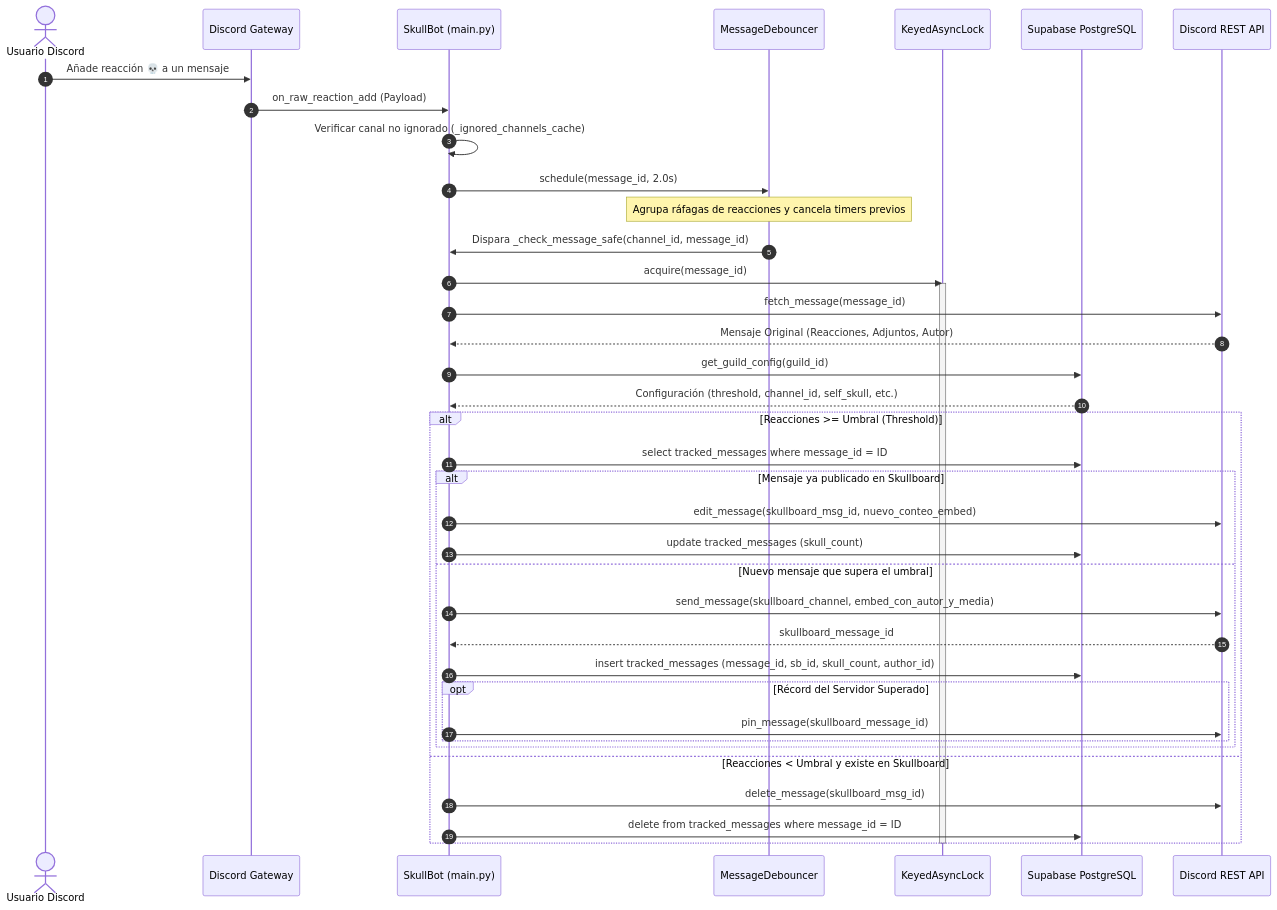
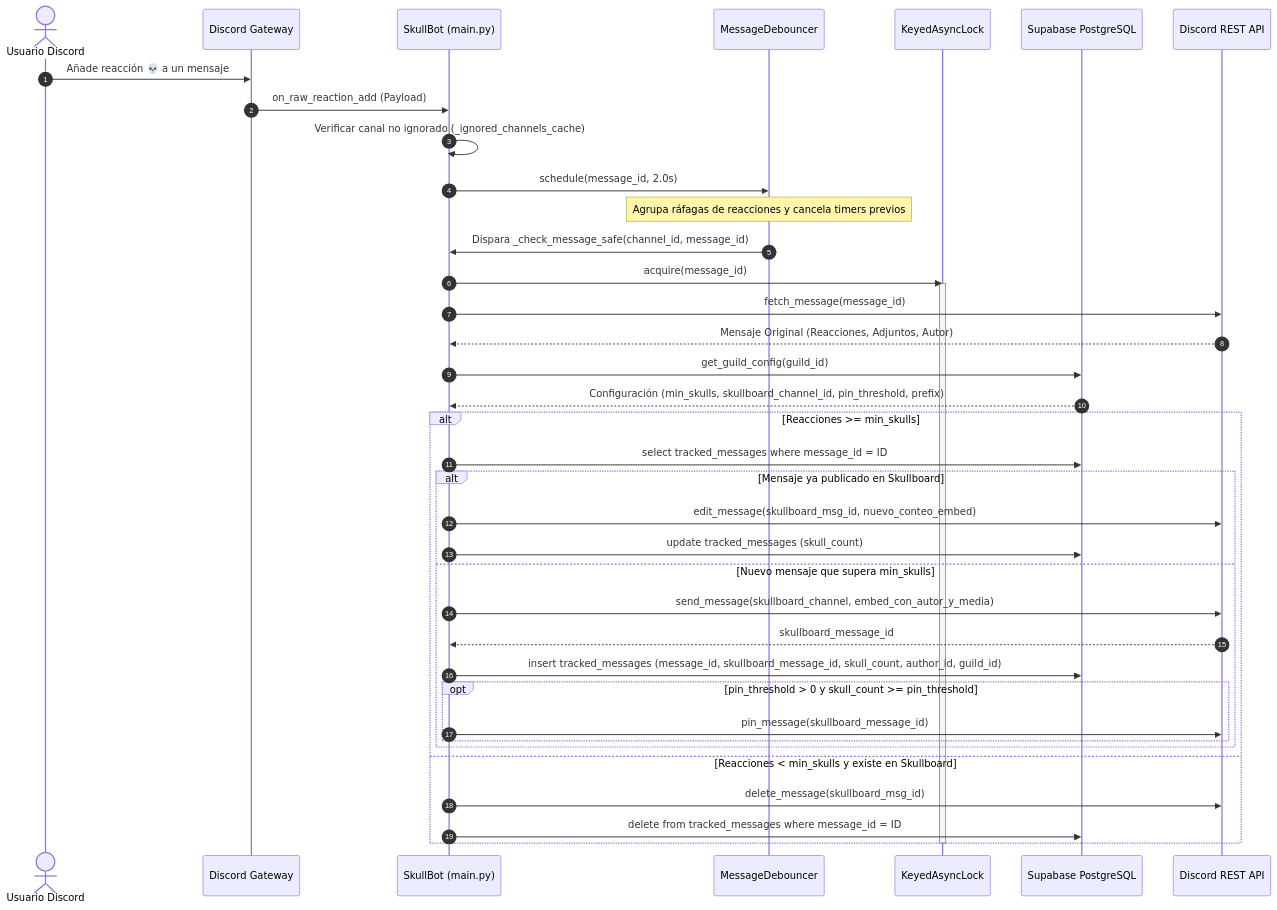
The second of 3 diagrams in SYSTEM_CONTEXT.md (ParedesYTecho/Skullboard), drawn with Mermaid before and after one commit. The commit also changed other lines of this file, not shown here.

````diff
--- a/SYSTEM_CONTEXT.md
+++ b/SYSTEM_CONTEXT.md
@@ -119,49 +112,49 @@
 ```mermaid
 sequenceDiagram
     autonumber
     actor Usuario as Usuario Discord
     participant GW as Discord Gateway
     participant Bot as SkullBot (main.py)
     participant Debounce as MessageDebouncer
     participant Lock as KeyedAsyncLock
     participant DB as Supabase PostgreSQL
     participant REST as Discord REST API
 
     Usuario->>GW: Añade reacción 💀 a un mensaje
     GW->>Bot: on_raw_reaction_add (Payload)
     
     Bot->>Bot: Verificar canal no ignorado (_ignored_channels_cache)
     Bot->>Debounce: schedule(message_id, 2.0s)
     Note over Debounce: Agrupa ráfagas de reacciones y cancela timers previos
     
     Debounce->>Bot: Dispara _check_message_safe(channel_id, message_id)
     Bot->>Lock: acquire(message_id)
     activate Lock
     
     Bot->>REST: fetch_message(message_id)
     REST-->>Bot: Mensaje Original (Reacciones, Adjuntos, Autor)
     
     Bot->>DB: get_guild_config(guild_id)
-    DB-->>Bot: Configuración (threshold, channel_id, self_skull, etc.)
+    DB-->>Bot: Configuración (min_skulls, skullboard_channel_id, pin_threshold, prefix)
     
-    alt Reacciones >= Umbral (Threshold)
+    alt Reacciones >= min_skulls
         Bot->>DB: select tracked_messages where message_id = ID
         alt Mensaje ya publicado en Skullboard
             Bot->>REST: edit_message(skullboard_msg_id, nuevo_conteo_embed)
             Bot->>DB: update tracked_messages (skull_count)
-        else Nuevo mensaje que supera el umbral
+        else Nuevo mensaje que supera min_skulls
             Bot->>REST: send_message(skullboard_channel, embed_con_autor_y_media)
             REST-->>Bot: skullboard_message_id
-            Bot->>DB: insert tracked_messages (message_id, sb_id, skull_count, author_id)
+            Bot->>DB: insert tracked_messages (message_id, skullboard_message_id, skull_count, author_id, guild_id)
             
-            opt Récord del Servidor Superado
+            opt pin_threshold > 0 y skull_count >= pin_threshold
                 Bot->>REST: pin_message(skullboard_message_id)
             end
         end
-    else Reacciones < Umbral y existe en Skullboard
+    else Reacciones < min_skulls y existe en Skullboard
         Bot->>REST: delete_message(skullboard_msg_id)
         Bot->>DB: delete from tracked_messages where message_id = ID
     end
     
     deactivate Lock
 ```
````
